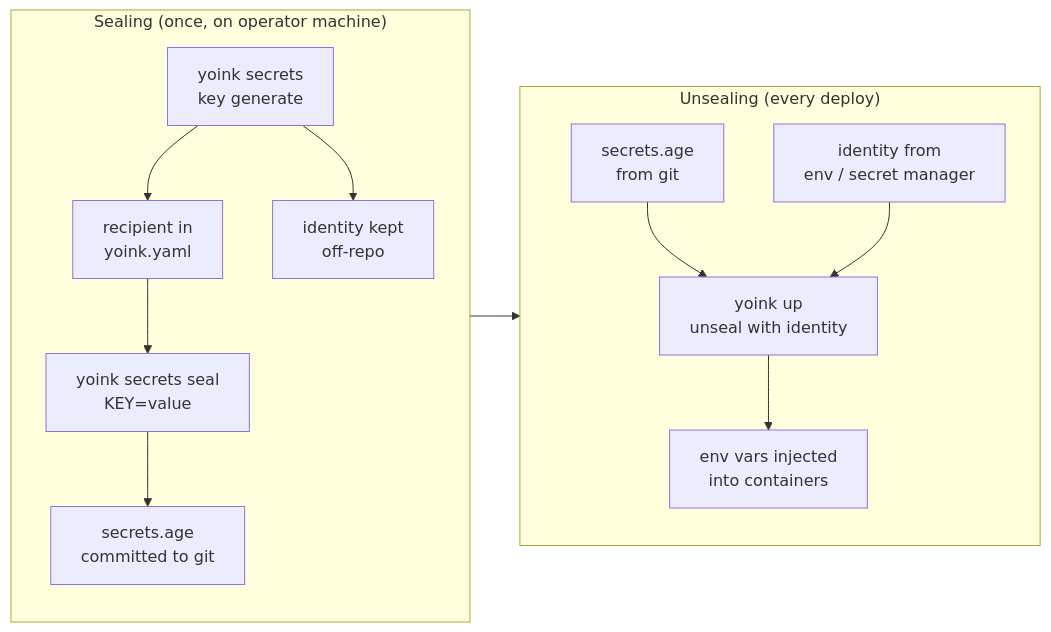
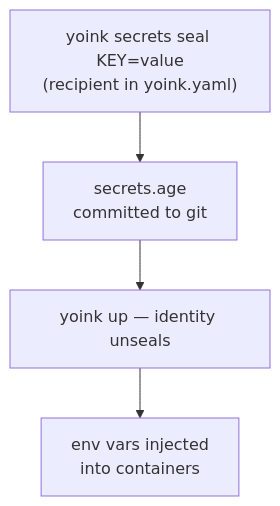
One commit to oddur/yoink changed the diagram in docs/content/docs/guide/secrets.mdx. Above: the diagram before and after it, drawn with Mermaid. The commit also changed 2 other files, not shown here.

Commit message:
docs: simplify mermaid diagrams — fewer nodes, balanced dimensions

````diff
--- a/docs/content/docs/guide/secrets.mdx
+++ b/docs/content/docs/guide/secrets.mdx
@@ -11,17 +11,6 @@
 ```mermaid
-flowchart LR
-    subgraph Seal ["Sealing (once, on operator machine)"]
-        direction TB
-        K[yoink secrets\nkey generate] --> R[recipient in\nyoink.yaml]
-        K --> I[identity kept\noff-repo]
-        R --> S["yoink secrets seal\nKEY=value"]
-        S --> F[secrets.age\ncommitted to git]
-    end
-    subgraph Unseal ["Unsealing (every deploy)"]
-        direction TB
-        F2[secrets.age\nfrom git] --> U[yoink up\nunseal with identity]
-        I2[identity from\nenv / secret manager] --> U
-        U --> E[env vars injected\ninto containers]
-    end
-    Seal --> Unseal
+flowchart TB
+    K["yoink secrets seal KEY=value\n(recipient in yoink.yaml)"] --> F["secrets.age\ncommitted to git"]
+    F --> U["yoink up — identity unseals"]
+    U --> E["env vars injected\ninto containers"]
 ```
````
